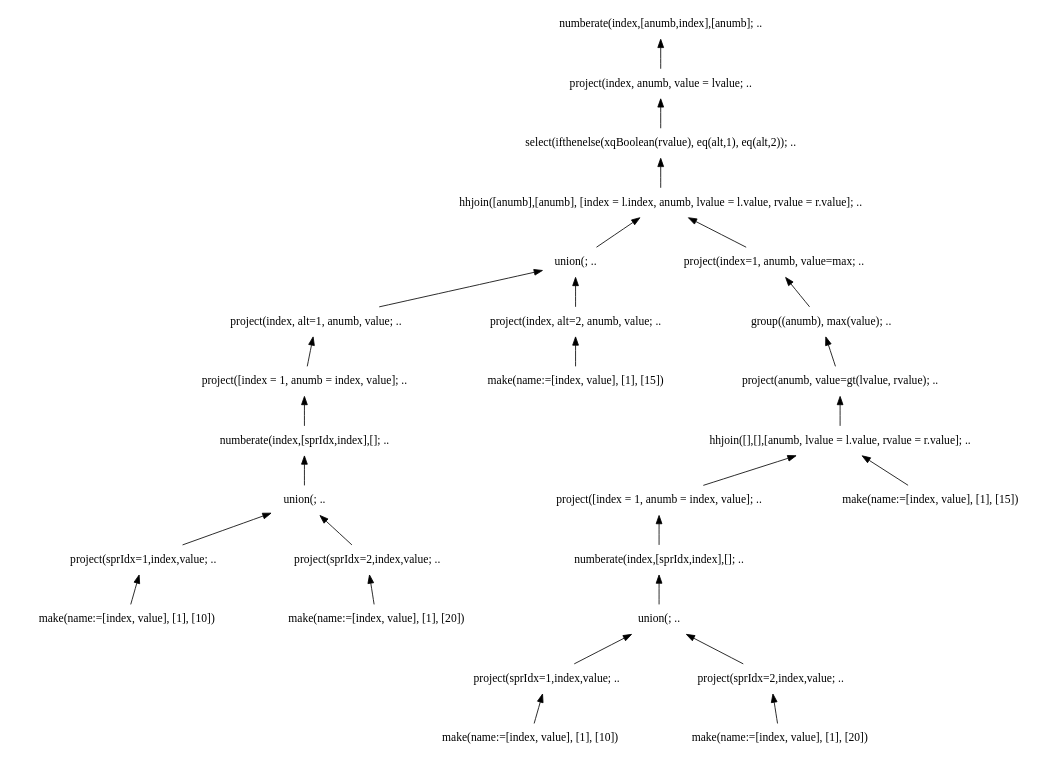
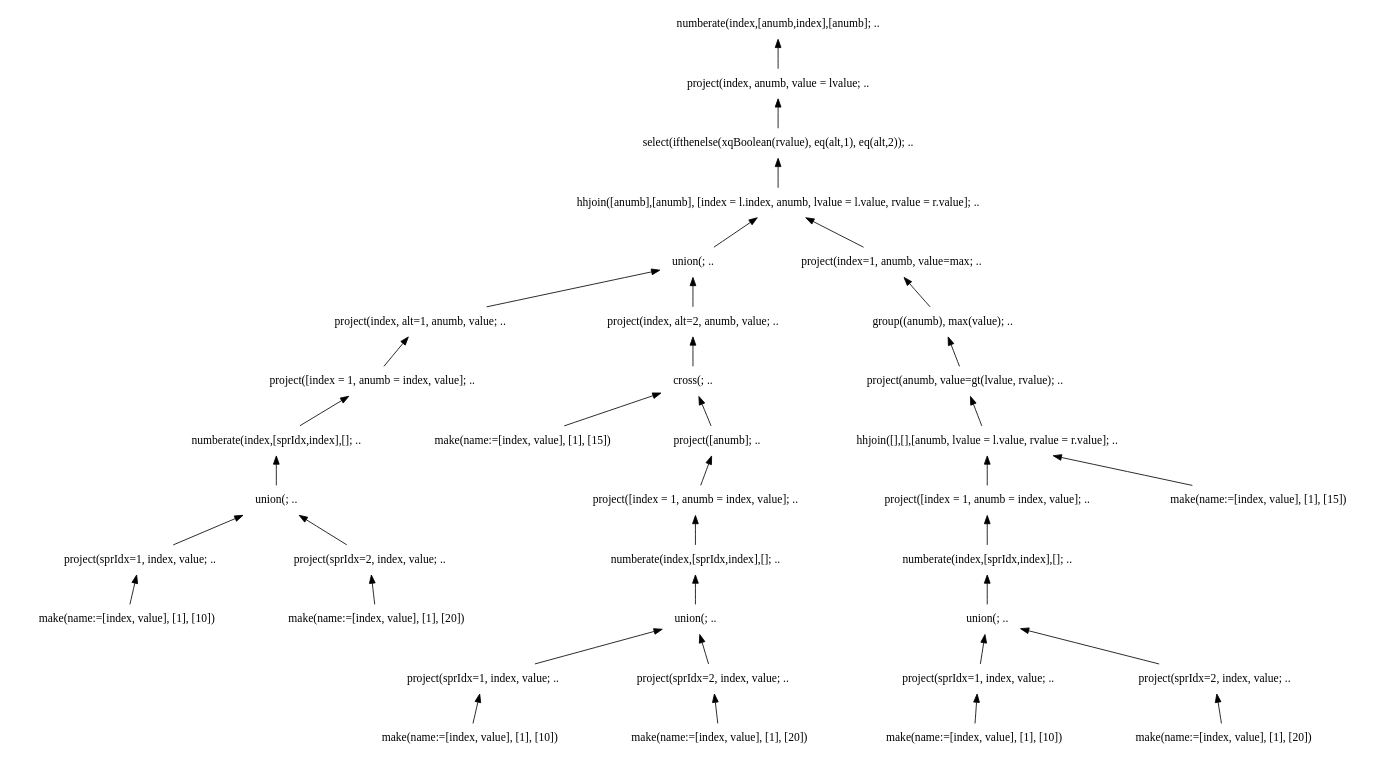
Before and after one commit to andrerav/xqft-parser: the diagram in doc/img/graphs/td_impl_flwor_ifthenelse.xq_relalg.dot, drawn with Graphviz. The commit also changed 17 other files, not shown here.

```diff
--- a/doc/img/graphs/td_impl_flwor_ifthenelse.xq_relalg.dot
+++ b/doc/img/graphs/td_impl_flwor_ifthenelse.xq_relalg.dot
@@ -1,58 +1,76 @@
 digraph AST {
 edge [color=black, dir=both, weight=1, fontcolor=black, arrowhead=none, arrowtail=normal]
 node [shape=plaintext]
+numberate1 [label="numberate(index,[anumb,index],[anumb]; .."]
   numberate1 -> project2
+project2 [label="project(index, anumb, value = lvalue; .."]
     project2 -> select3
+select3 [label="select(ifthenelse(xqBoolean(rvalue), eq(alt,1), eq(alt,2)); .."]
       select3 -> hhjoin4
+hhjoin4 [label="hhjoin([anumb],[anumb], [index = l.index, anumb, lvalue = l.value, rvalue = r.value]; .."]
         hhjoin4 -> union5
+union5 [label="union(; .."]
           union5 -> project6
+project6 [label="project(index, alt=1, anumb, value; .."]
             project6 -> project7
+project7 [label="project([index = 1, anumb = index, value]; .."]
               project7 -> numberate8
+numberate8 [label="numberate(index,[sprIdx,index],[]; .."]
                 numberate8 -> union9
+union9 [label="union(; .."]
                   union9 -> project10
+project10 [label="project(sprIdx=1, index, value; .."]
                     project10 -> make11
 make11 [label="make(name:=[index, value], [1], [10])"]
-project10 [label="project(sprIdx=1,index,value; .."]
                     union9 -> project12
+project12 [label="project(sprIdx=2, index, value; .."]
                       project12 -> make13
 make13 [label="make(name:=[index, value], [1], [20])"]
-project12 [label="project(sprIdx=2,index,value; .."]
-union9 [label="union(; .."]
-numberate8 [label="numberate(index,[sprIdx,index],[]; .."]
-project7 [label="project([index = 1, anumb = index, value]; .."]
-project6 [label="project(index, alt=1, anumb, value; .."]
             union5 -> project14
-              project14 -> make15
-make15 [label="make(name:=[index, value], [1], [15])"]
 project14 [label="project(index, alt=2, anumb, value; .."]
-union5 [label="union(; .."]
-          hhjoin4 -> project16
-            project16 -> group17
-              group17 -> project18
-                project18 -> hhjoin19
-                  hhjoin19 -> project20
-                    project20 -> numberate21
-                      numberate21 -> union22
-                        union22 -> project23
-                          project23 -> make24
-make24 [label="make(name:=[index, value], [1], [10])"]
-project23 [label="project(sprIdx=1,index,value; .."]
-                          union22 -> project25
-                            project25 -> make26
-make26 [label="make(name:=[index, value], [1], [20])"]
-project25 [label="project(sprIdx=2,index,value; .."]
-union22 [label="union(; .."]
-numberate21 [label="numberate(index,[sprIdx,index],[]; .."]
-project20 [label="project([index = 1, anumb = index, value]; .."]
-                    hhjoin19 -> make27
-make27 [label="make(name:=[index, value], [1], [15])"]
-hhjoin19 [label="hhjoin([],[],[anumb, lvalue = l.value, rvalue = r.value]; .."]
-project18 [label="project(anumb, value=gt(lvalue, rvalue); .."]
-group17 [label="group((anumb), max(value); .."]
-project16 [label="project(index=1, anumb, value=max; .."]
-hhjoin4 [label="hhjoin([anumb],[anumb], [index = l.index, anumb, lvalue = l.value, rvalue = r.value]; .."]
-select3 [label="select(ifthenelse(xqBoolean(rvalue), eq(alt,1), eq(alt,2)); .."]
-project2 [label="project(index, anumb, value = lvalue; .."]
-numberate1 [label="numberate(index,[anumb,index],[anumb]; .."]
+              project14 -> cross15
+cross15 [label="cross(; .."]
+                cross15 -> make16
+make16 [label="make(name:=[index, value], [1], [15])"]
+                  cross15 -> project17
+project17 [label="project([anumb]; .."]
+                    project17 -> project18
+project18 [label="project([index = 1, anumb = index, value]; .."]
+                      project18 -> numberate19
+numberate19 [label="numberate(index,[sprIdx,index],[]; .."]
+                        numberate19 -> union20
+union20 [label="union(; .."]
+                          union20 -> project21
+project21 [label="project(sprIdx=1, index, value; .."]
+                            project21 -> make22
+make22 [label="make(name:=[index, value], [1], [10])"]
+                            union20 -> project23
+project23 [label="project(sprIdx=2, index, value; .."]
+                              project23 -> make24
+make24 [label="make(name:=[index, value], [1], [20])"]
+          hhjoin4 -> project25
+project25 [label="project(index=1, anumb, value=max; .."]
+            project25 -> group26
+group26 [label="group((anumb), max(value); .."]
+              group26 -> project27
+project27 [label="project(anumb, value=gt(lvalue, rvalue); .."]
+                project27 -> hhjoin28
+hhjoin28 [label="hhjoin([],[],[anumb, lvalue = l.value, rvalue = r.value]; .."]
+                  hhjoin28 -> project29
+project29 [label="project([index = 1, anumb = index, value]; .."]
+                    project29 -> numberate30
+numberate30 [label="numberate(index,[sprIdx,index],[]; .."]
+                      numberate30 -> union31
+union31 [label="union(; .."]
+                        union31 -> project32
+project32 [label="project(sprIdx=1, index, value; .."]
+                          project32 -> make33
+make33 [label="make(name:=[index, value], [1], [10])"]
+                          union31 -> project34
+project34 [label="project(sprIdx=2, index, value; .."]
+                            project34 -> make35
+make35 [label="make(name:=[index, value], [1], [20])"]
+                    hhjoin28 -> make36
+make36 [label="make(name:=[index, value], [1], [15])"]
 
 }
```
